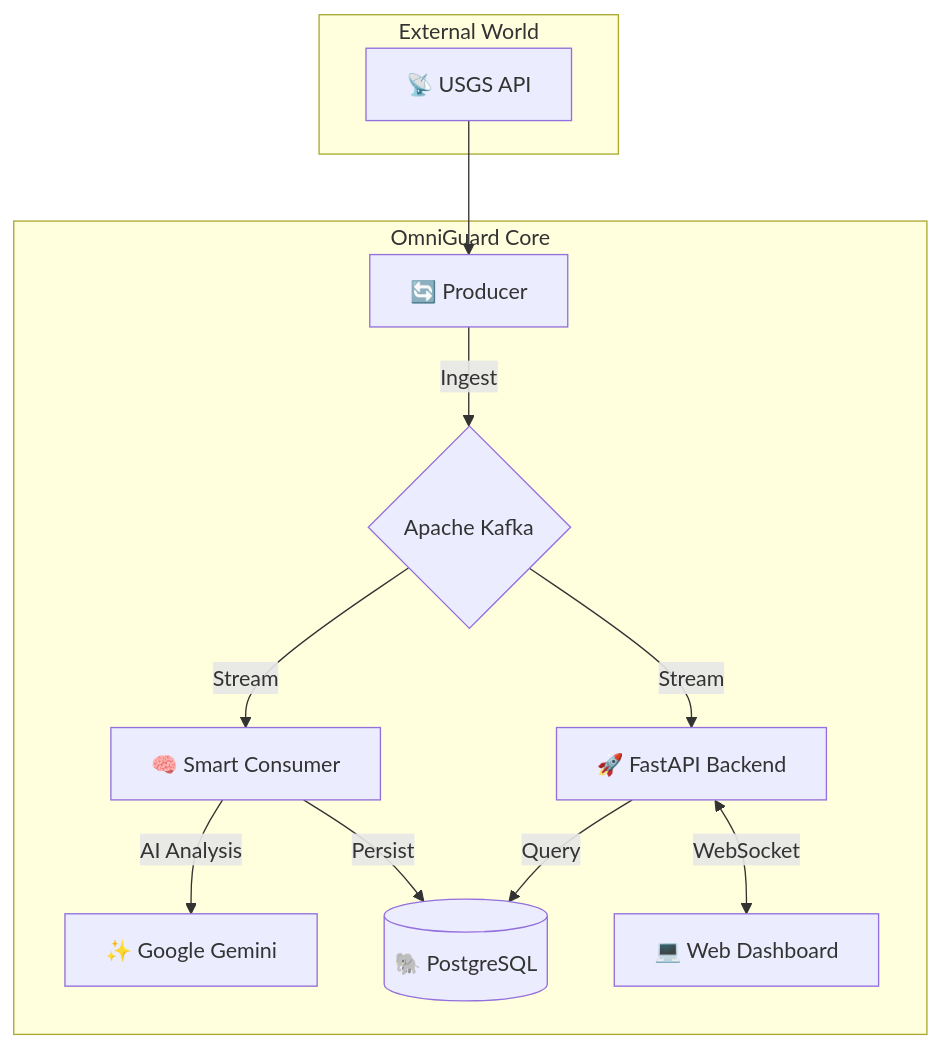
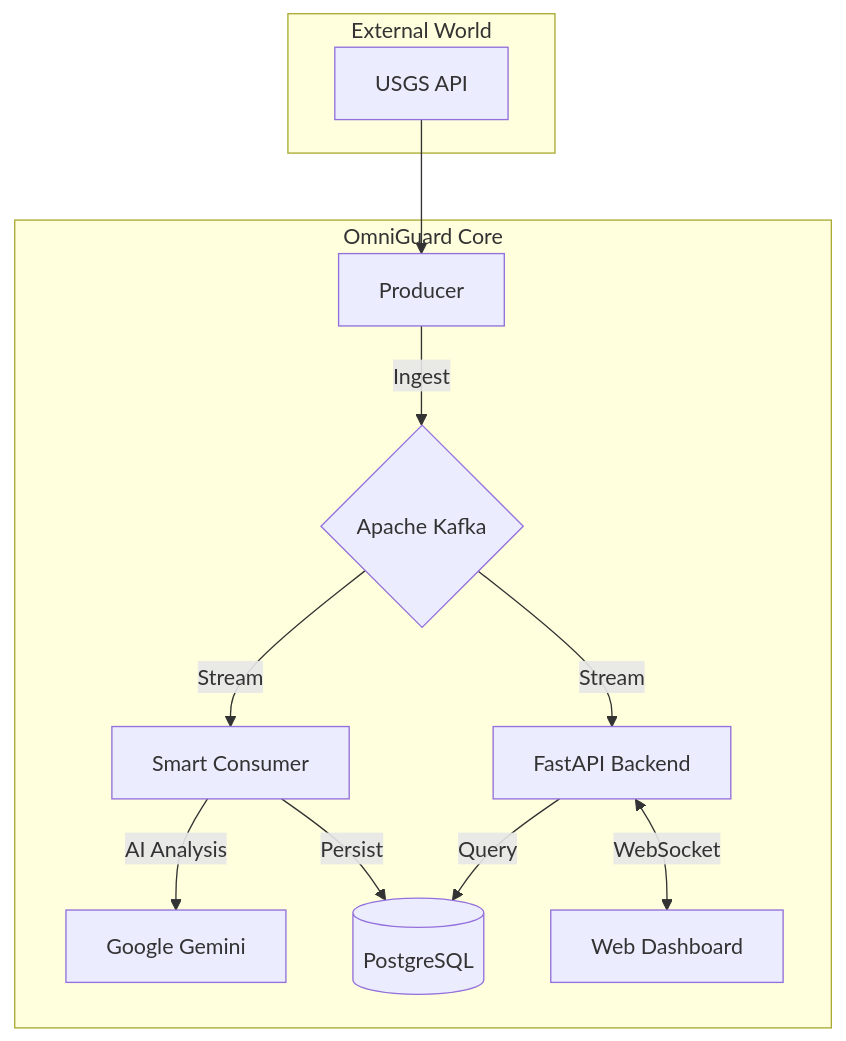
Before and after one commit to RustyyES/OmniGuard: the diagram in README.md, drawn with Mermaid. The commit also changed other lines of this file, not shown here.

````diff
--- a/README.md
+++ b/README.md
@@ -29,20 +23,21 @@
 ```mermaid
 graph TD
     subgraph "External World"
-        USGS[📡 USGS API]
+        USGS[USGS API]
     end
 
     subgraph "OmniGuard Core"
-        P[🔄 Producer] -->|Ingest| K{Apache Kafka}
-        K -->|Stream| C[🧠 Smart Consumer]
-        K -->|Stream| B[🚀 FastAPI Backend]
+        P[Producer] -->|Ingest| K{Apache Kafka}
+        K -->|Stream| C[Smart Consumer]
+        K -->|Stream| B[FastAPI Backend]
         
-        C -->|AI Analysis| Gemini[✨ Google Gemini]
-        C -->|Persist| DB[(🐘 PostgreSQL)]
+        C -->|AI Analysis| Gemini[Google Gemini]
+        C -->|Persist| DB[(PostgreSQL)]
         
         B -->|Query| DB
-        B <-->|WebSocket| UI[💻 Web Dashboard]
+        B <-->|WebSocket| UI[Web Dashboard]
     end
     
     USGS --> P
+
 ```
````
